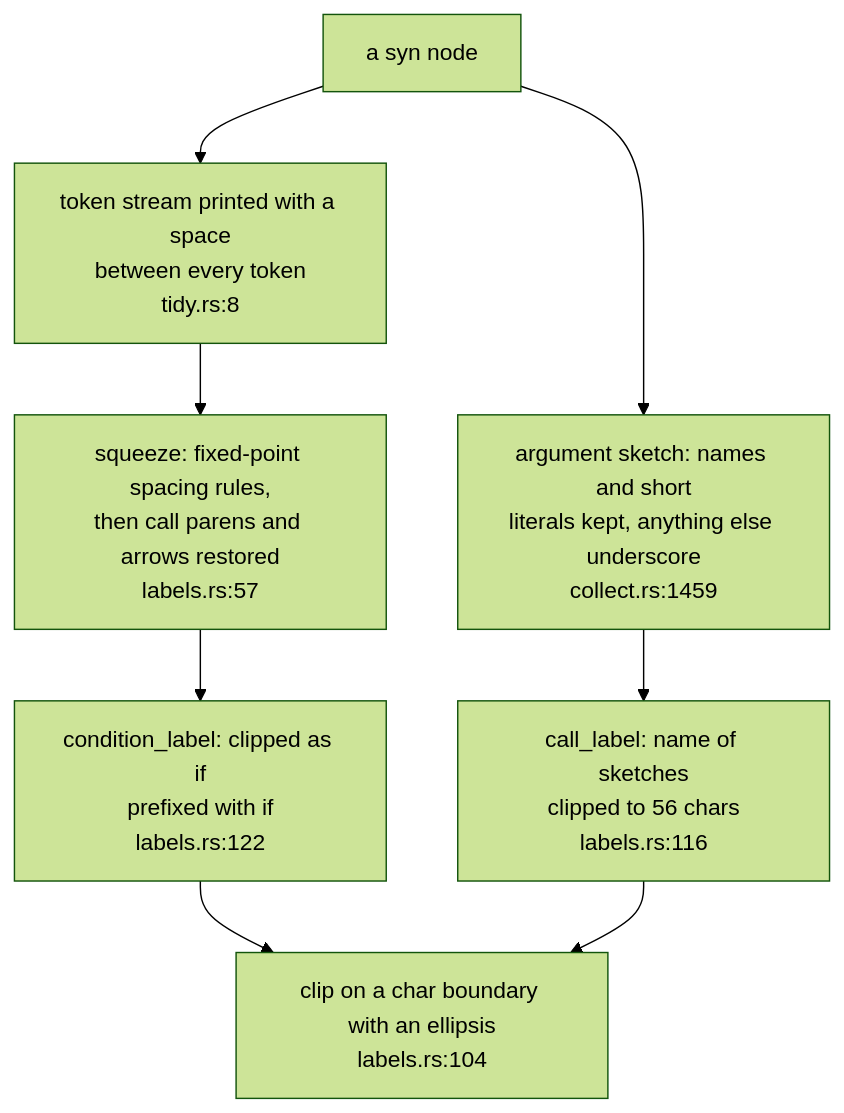
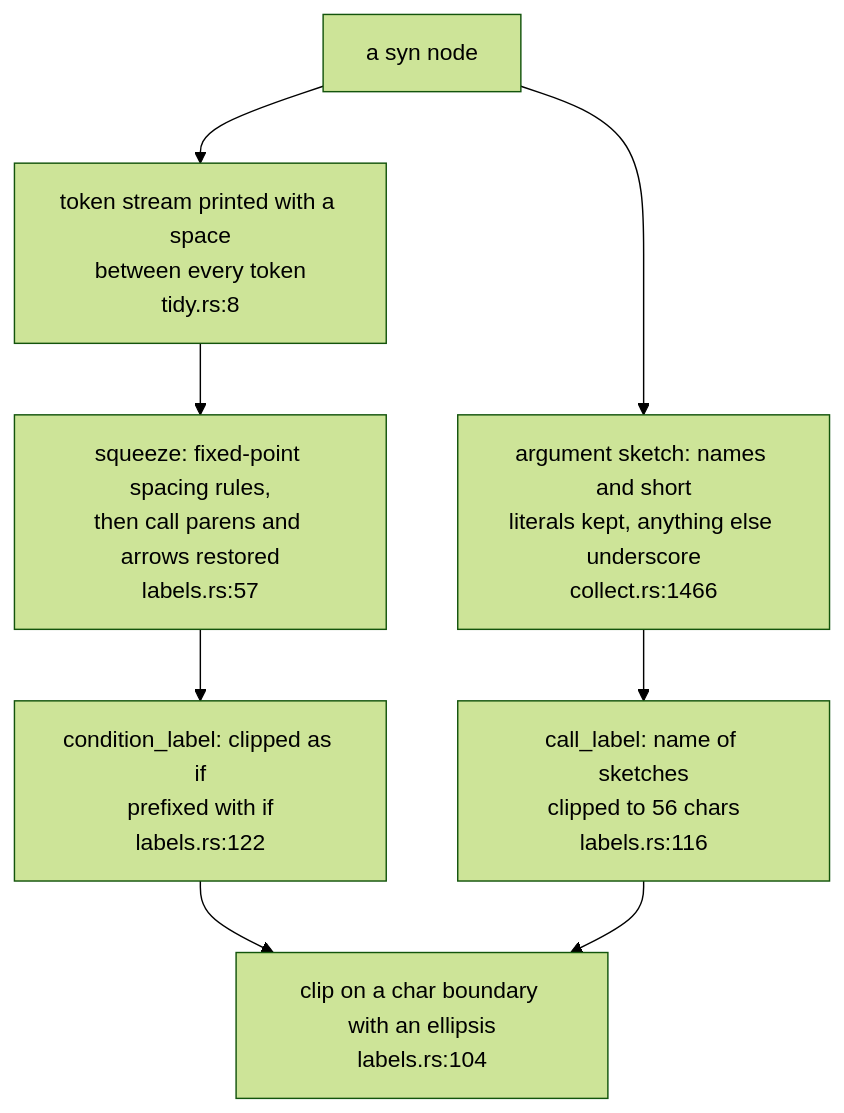
The fifth of 5 diagrams in docs/diagrams/extract/04-lowering-confidence-and-labels.md (DreamLab-AI/codemaid), drawn with Mermaid (forest theme) before and after one commit. The commit also changed other lines of this file and 21 other files, not shown here.

````diff
--- a/docs/diagrams/extract/04-lowering-confidence-and-labels.md
+++ b/docs/diagrams/extract/04-lowering-confidence-and-labels.md
@@ -205,13 +205,13 @@
 ```mermaid
 flowchart TB
     T["a syn node"]
     TS["token stream printed with a space<br/>between every token<br/>tidy.rs:8"]
     SQ["squeeze: fixed-point spacing rules,<br/>then call parens and arrows restored<br/>labels.rs:57"]
-    AS["argument sketch: names and short<br/>literals kept, anything else underscore<br/>collect.rs:1459"]
+    AS["argument sketch: names and short<br/>literals kept, anything else underscore<br/>collect.rs:1466"]
     CL["call_label: name of sketches<br/>clipped to 56 chars<br/>labels.rs:116"]
     CO["condition_label: clipped as if<br/>prefixed with if<br/>labels.rs:122"]
     CP["clip on a char boundary with an ellipsis<br/>labels.rs:104"]
     T --> TS --> SQ
     SQ --> CO --> CP
     T --> AS --> CL --> CP
 ```
````
